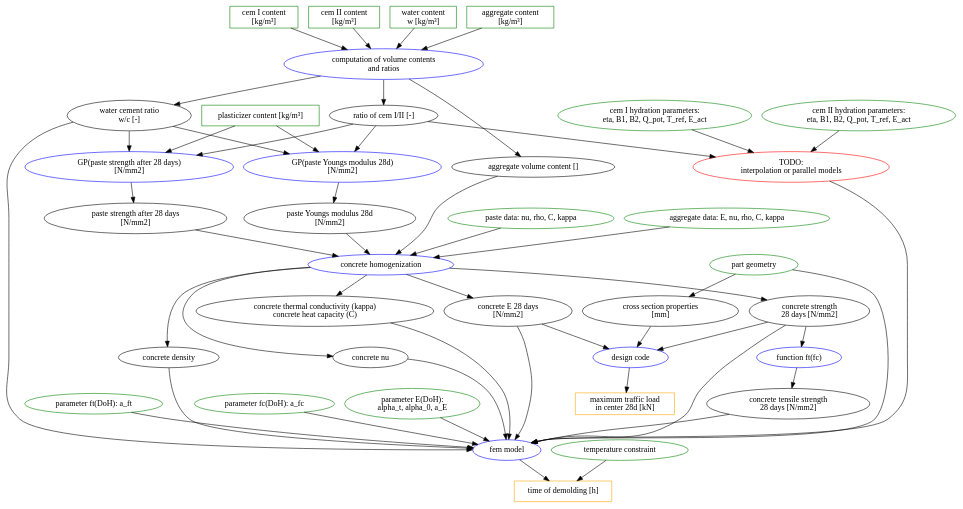
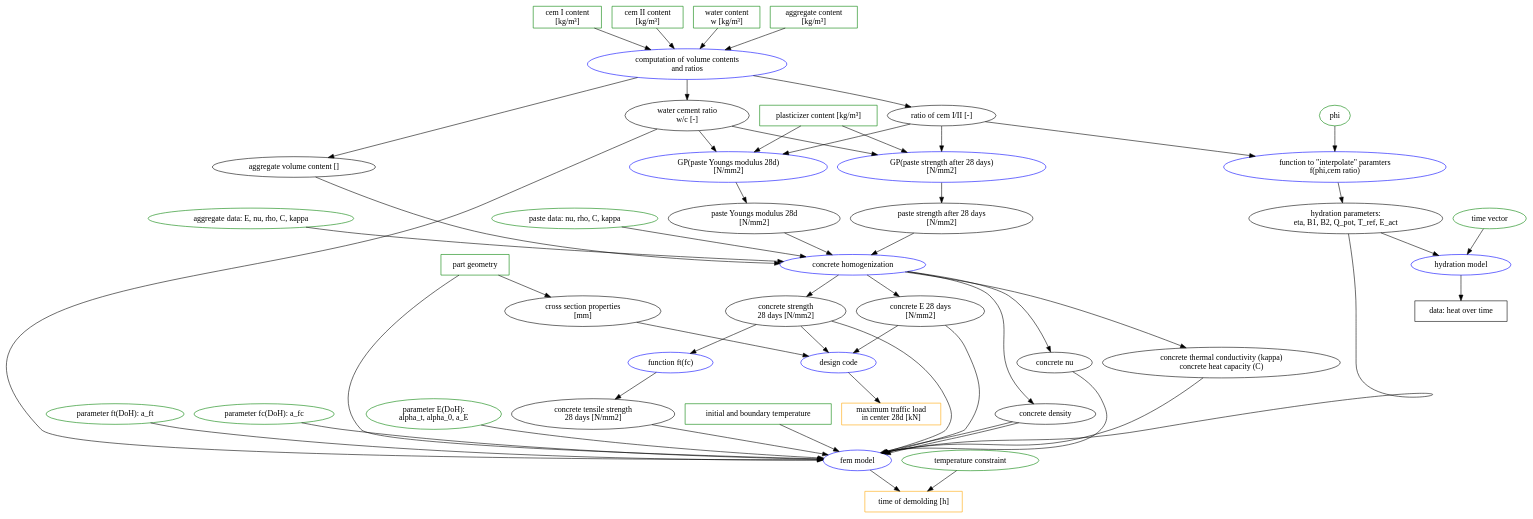
One commit to BAMresearch/LebeDigital changed the diagram in usecases/demonstrator/prob_graph/doctest-output/LebeDigital.gv. Above: the diagram before and after it, drawn with Graphviz. The commit also changed 2 other files, not shown here.

Commit message:
changes to graph

```diff
--- a/usecases/demonstrator/prob_graph/doctest-output/LebeDigital.gv
+++ b/usecases/demonstrator/prob_graph/doctest-output/LebeDigital.gv
@@ -1,108 +1,116 @@
 // LebeDigital 
 digraph LebeDigital {
 	cemI [label="cem I content 
 [kg/m³]" color=green shape=rectangle]
 	cemI -> "volume computation"
 	cemII -> "volume computation"
 	w -> "volume computation"
 	"volume computation" -> ratio_cemI_cemII
 	cemII [label="cem II content 
 [kg/m³]" color=green shape=rectangle]
 	plasticizer [label="plasticizer content [kg/m³]" color=green shape=rectangle]
 	"aggregate content" [label="aggregate content 
 [kg/m³]" color=green shape=rectangle]
 	ratio_cemI_cemII [label="ratio of cem I/II [-]"]
 	w [label="water content
  w [kg/m³]" color=green shape=rectangle]
 	"volume computation" -> "w/c"
 	"w/c" [label="water cement ratio
  w/c [-]"]
 	plasticizer -> "paste strength 28d"
 	plasticizer -> "E paste"
 	"volume computation" [label="computation of volume contents
 and ratios" color=blue]
 	"aggregate volume content" [label="aggregate volume content []"]
 	"aggregate volume content" -> "concrete homogenization"
 	"volume computation" -> "aggregate volume content"
 	ratio_cemI_cemII -> "E paste"
 	ratio_cemI_cemII -> "paste strength 28d"
 	"w/c" -> "E paste"
 	"w/c" -> "paste strength 28d"
 	"concrete E 28d" [label="concrete E 28 days 
 [N/mm2]"]
 	"concrete E 28d" -> "load bearing capacity"
 	"concrete strength 28d" [label="concrete strength 
 28 days [N/mm2]"]
 	"ft(fc)" -> "concrete tensile strength 28d"
 	"concrete tensile strength 28d" [label="concrete tensile strength 
 28 days [N/mm2]"]
 	"ft(fc)" [label="function ft(fc)" color=blue]
 	"concrete strength 28d" -> "load bearing capacity"
 	"concrete strength 28d" -> "ft(fc)"
 	"cross section" [label="cross section properties 
 [mm]"]
 	"cross section" -> "load bearing capacity"
 	"load bearing capacity" [label="design code" color=blue]
 	"load bearing capacity" -> "kpi load bearing capacity"
 	"kpi load bearing capacity" [label="maximum traffic load 
 in center 28d [kN]" color=orange shape=rectangle]
 	"demolding time" [label="time of demolding [h]" color=orange shape=rectangle]
 	"fem model" [label="fem model" color=blue]
 	"fem model" -> "demolding time"
 	"concrete homogenization" [label="concrete homogenization" color=blue]
 	"concrete tensile strength 28d" -> "fem model"
 	"max temp" [label="temperature constraint" color=green]
 	"max temp" -> "demolding time"
 	"ft paramter" [label="parameter ft(DoH): a_ft" color=green]
 	"ft paramter" -> "fem model"
 	"fc paramter" [label="parameter fc(DoH): a_fc" color=green]
 	"fc paramter" -> "fem model"
 	"E paramter" [label="parameter E(DoH): 
 alpha_t, alpha_0, a_E" color=green]
 	"E paramter" -> "fem model"
 	"aggregate data" [label="aggregate data: E, nu, rho, C, kappa" color=green]
 	"aggregate data" -> "concrete homogenization"
 	"paste data" [label="paste data: nu, rho, C, kappa" color=green]
 	"paste data" -> "concrete homogenization"
 	"paste strength 28d" [label="GP(paste strength after 28 days) 
 [N/mm2]" color=blue]
 	"param paste strength 28d" [label="paste strength after 28 days 
 [N/mm2]"]
 	"paste strength 28d" -> "param paste strength 28d"
 	"param paste strength 28d" -> "concrete homogenization"
 	"concrete homogenization" -> "concrete strength 28d"
 	"concrete homogenization" -> "concrete E 28d"
 	"E paste" [label="GP(paste Youngs modulus 28d) 
 [N/mm2]" color=blue]
 	"E paste" -> "param E paste"
 	"param E paste" [label="paste Youngs modulus 28d 
 [N/mm2]"]
 	"param E paste" -> "concrete homogenization"
 	"aggregate content" -> "volume computation"
-	geometry [label="part geometry" color=green]
+	geometry [label="part geometry" color=green shape=rectangle]
 	geometry -> "fem model"
 	geometry -> "cross section"
+	"fem temperature" [label="initial and boundary temperature" color=green shape=rectangle]
+	"fem temperature" -> "fem model"
+	"concrete density" -> "fem model"
 	"concrete density" [label="concrete density"]
 	"concrete density" -> "fem model"
 	"concrete nu" [label="concrete nu"]
 	"concrete thermal" [label="concrete thermal conductivity (kappa) 
 concrete heat capacity (C)"]
 	"concrete homogenization" -> "concrete density"
 	"concrete homogenization" -> "concrete nu"
 	"concrete homogenization" -> "concrete thermal"
 	"concrete thermal" -> "fem model"
 	"concrete nu" -> "fem model"
 	"concrete strength 28d" -> "fem model"
 	"concrete E 28d" -> "fem model"
-	"cem I hydration parameters" [label="cem I hydration parameters: 
-eta, B1, B2, Q_pot, T_ref, E_act" color=green]
-	"cem I hydration parameters" -> interpolation
-	"cem II hydration parameters" [label="cem II hydration parameters: 
-eta, B1, B2, Q_pot, T_ref, E_act" color=green]
-	"cem II hydration parameters" -> interpolation
-	interpolation [label="TODO:
-interpolation or parallel models" color=red]
-	interpolation -> "fem model"
+	phi [label=phi color=green]
+	phi -> interpolation
+	interpolation [label="function to \"interpolate\" paramters 
+f(phi,cem ratio)" color=blue]
+	interpolation -> "hydration parameters"
+	"hydration parameters" [label="hydration parameters: 
+eta, B1, B2, Q_pot, T_ref, E_act"]
+	"hydration parameters" -> "fem model"
+	"time vector" [label="time vector" color=green]
+	"time vector" -> "hydration model"
+	"hydration parameters" -> "hydration model"
+	"hydration model" [label="hydration model" color=blue]
+	"hydration model" -> "hydration output"
+	"hydration output" [label="data: heat over time" shape=rectangle]
 	ratio_cemI_cemII -> interpolation
 	"w/c" -> "fem model"
 }
```
